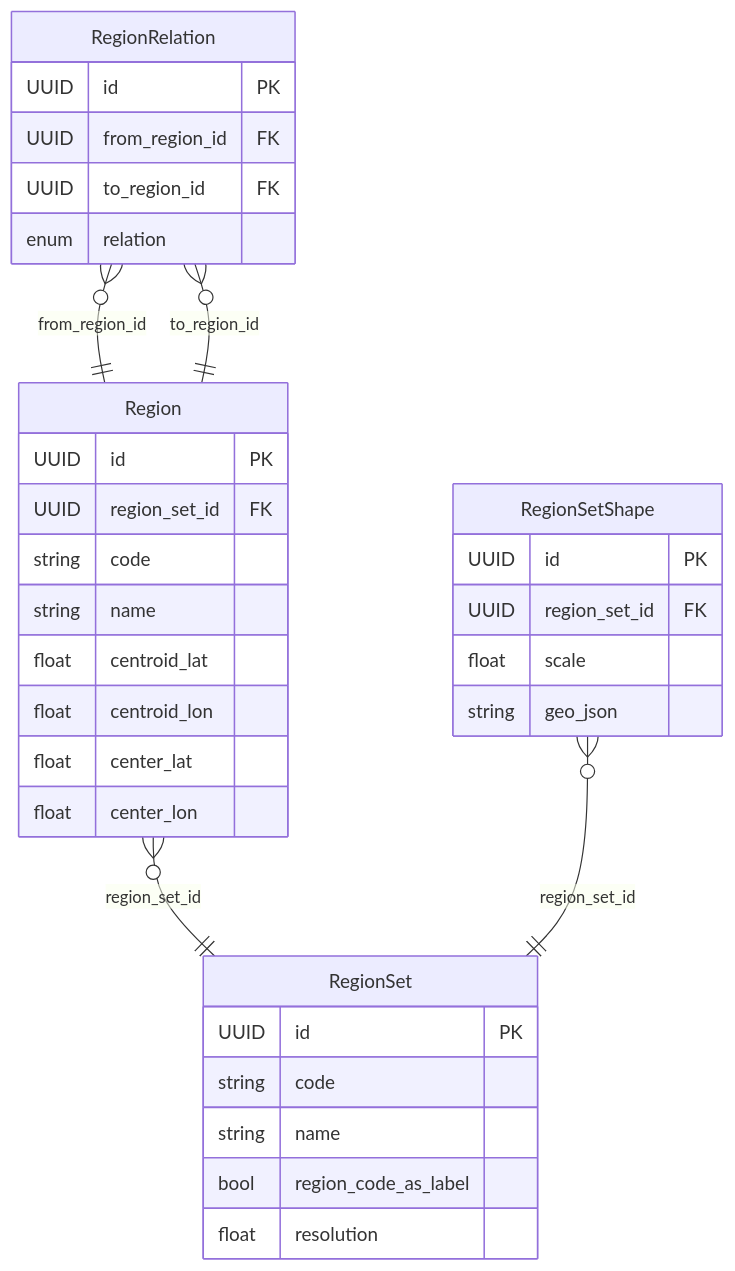
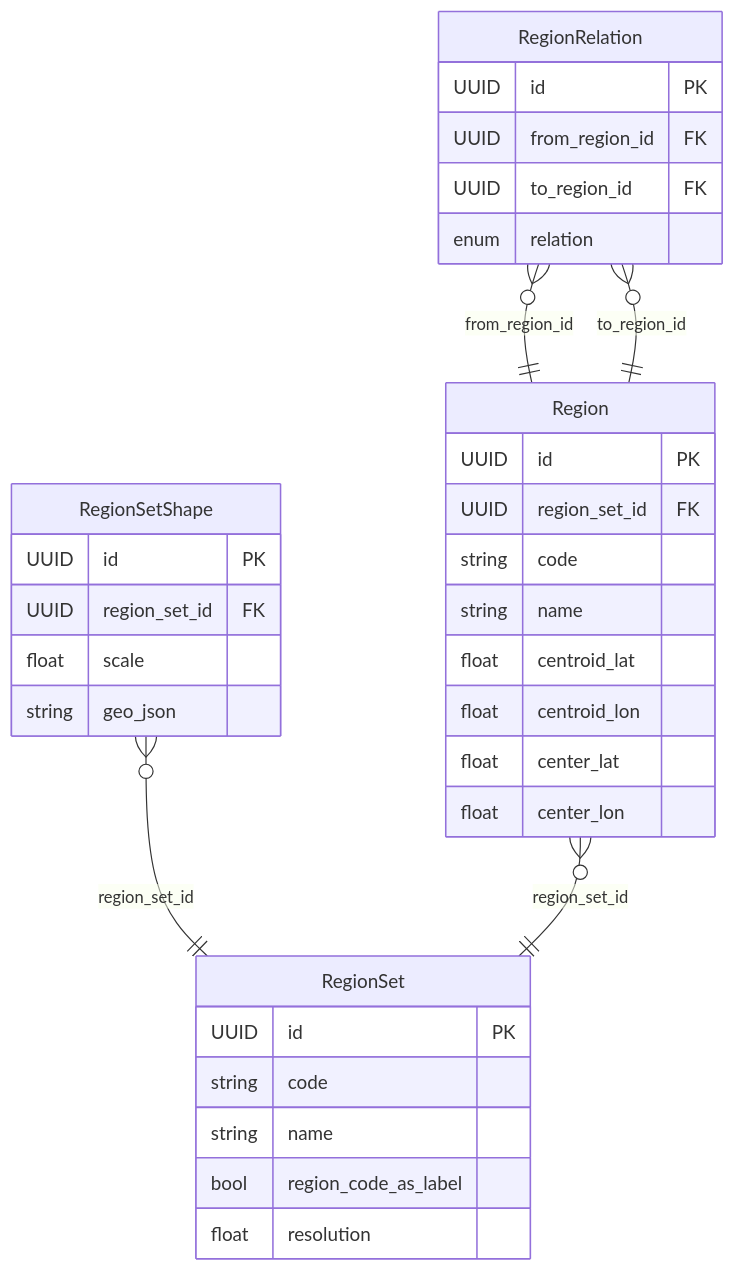
One commit to RIVM-bioinformatics/gen-epix-api changed the diagram in docs/erm/casedb.geo.detailed.md. Above: the diagram before and after it, drawn with Mermaid. The commit also changed other lines of this file and 134 other files, not shown here.

````diff
--- a/docs/erm/casedb.geo.detailed.md
+++ b/docs/erm/casedb.geo.detailed.md
@@ -5,45 +5,45 @@
 ```mermaid
 erDiagram
     %% casedb / GEO (detailed)
 
     %% Relationships
+    RegionSetShape }o--|| RegionSet : "region_set_id"
     RegionRelation }o--|| Region : "from_region_id"
     RegionRelation }o--|| Region : "to_region_id"
     Region }o--|| RegionSet : "region_set_id"
-    RegionSetShape }o--|| RegionSet : "region_set_id"
 
     %% Entity definitions
+    RegionSetShape {
+        UUID id PK
+        UUID region_set_id FK
+        float scale
+        string geo_json
+    }
+
     RegionRelation {
         UUID id PK
         UUID from_region_id FK
         UUID to_region_id FK
         enum relation
     }
 
     Region {
         UUID id PK
         UUID region_set_id FK
         string code
         string name
         float centroid_lat
         float centroid_lon
         float center_lat
         float center_lon
     }
 
     RegionSet {
         UUID id PK
         string code
         string name
         bool region_code_as_label
         float resolution
     }
 
-    RegionSetShape {
-        UUID id PK
-        UUID region_set_id FK
-        float scale
-        string geo_json
-    }
-
 ```
````
